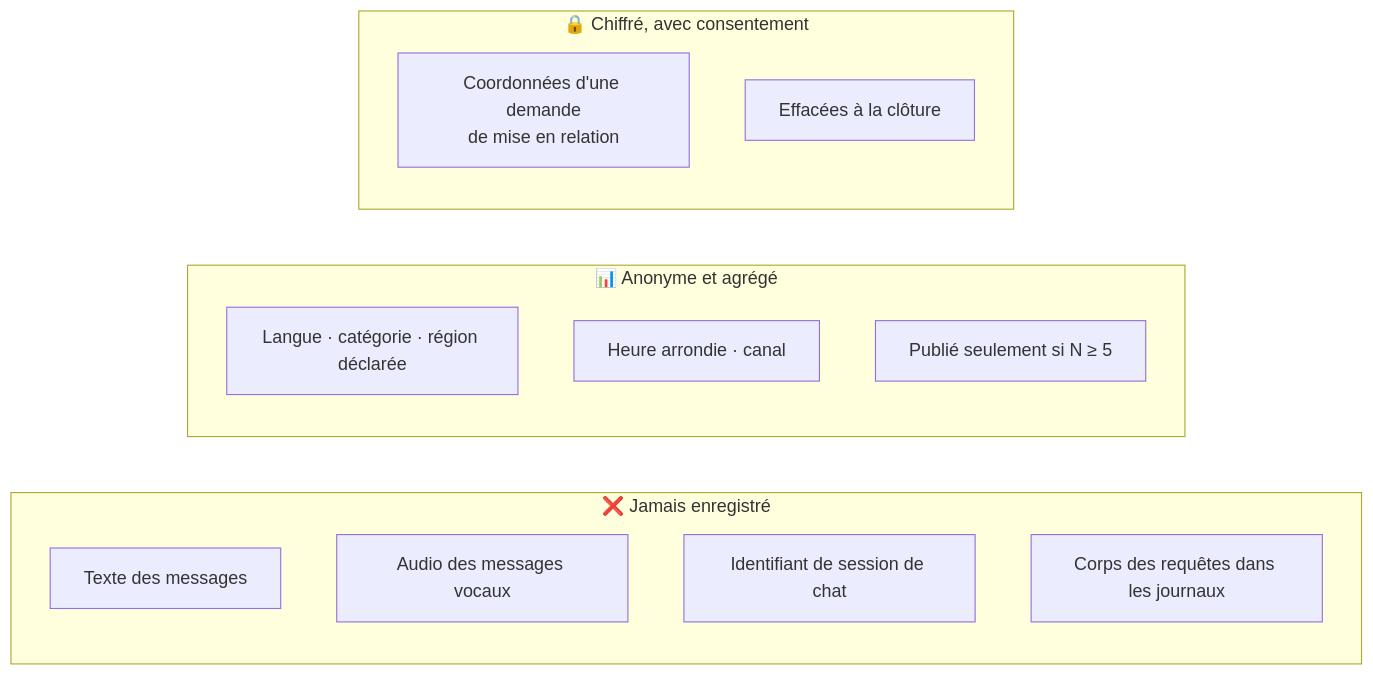
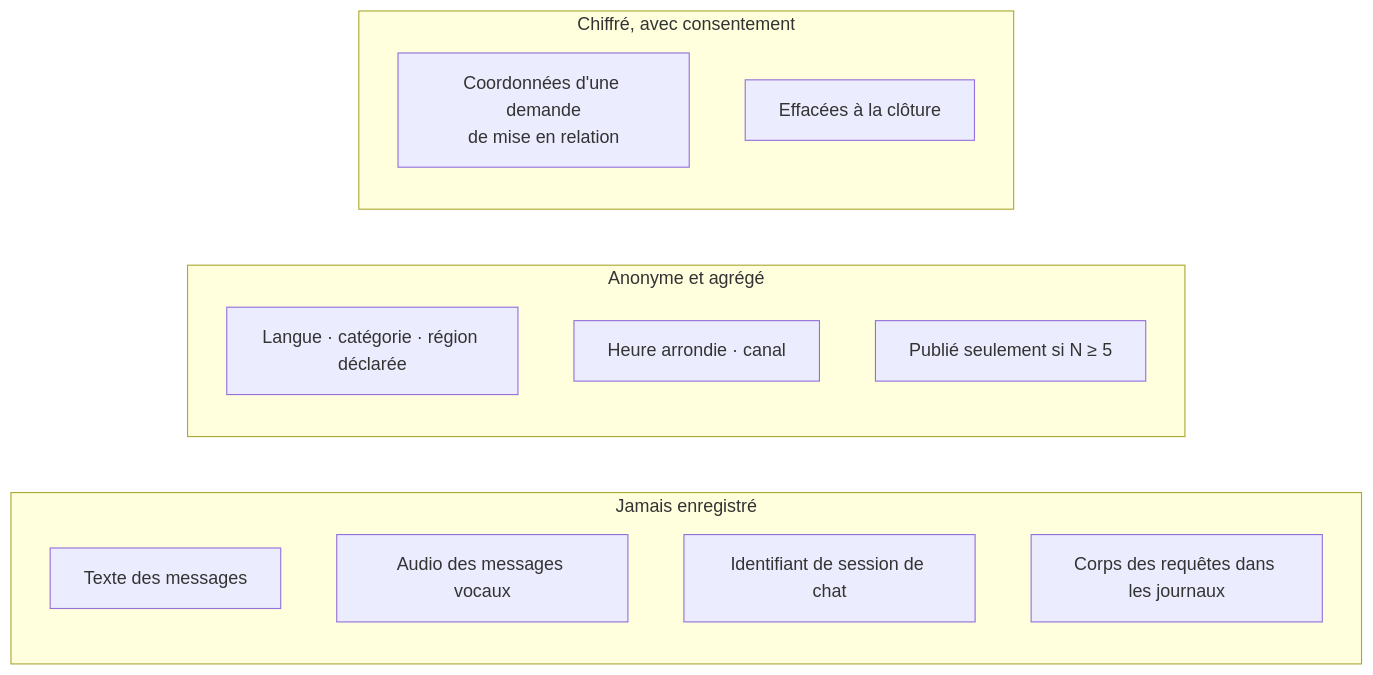
Before and after one commit to Dioumadev221/SUNUSAFEGUARD: diagram 13 of 17 in README.fr.md, drawn with Mermaid. The commit also changed other lines of this file and 1 other file, not shown here.

````diff
--- a/README.fr.md
+++ b/README.fr.md
@@ -593,18 +593,18 @@
 ```mermaid
 flowchart LR
-    subgraph JAMAIS["❌ Jamais enregistré"]
+    subgraph JAMAIS["Jamais enregistré"]
         J1["Texte des messages"]
         J2["Audio des messages vocaux"]
         J3["Identifiant de session de chat"]
         J4["Corps des requêtes dans les journaux"]
     end
-    subgraph ANONYME["📊 Anonyme et agrégé"]
+    subgraph ANONYME["Anonyme et agrégé"]
         A1["Langue · catégorie · région déclarée"]
         A2["Heure arrondie · canal"]
         A3["Publié seulement si N ≥ 5"]
     end
-    subgraph PROTEGE["🔒 Chiffré, avec consentement"]
+    subgraph PROTEGE["Chiffré, avec consentement"]
         P1["Coordonnées d'une demande<br/>de mise en relation"]
         P2["Effacées à la clôture"]
     end
 ```
````
